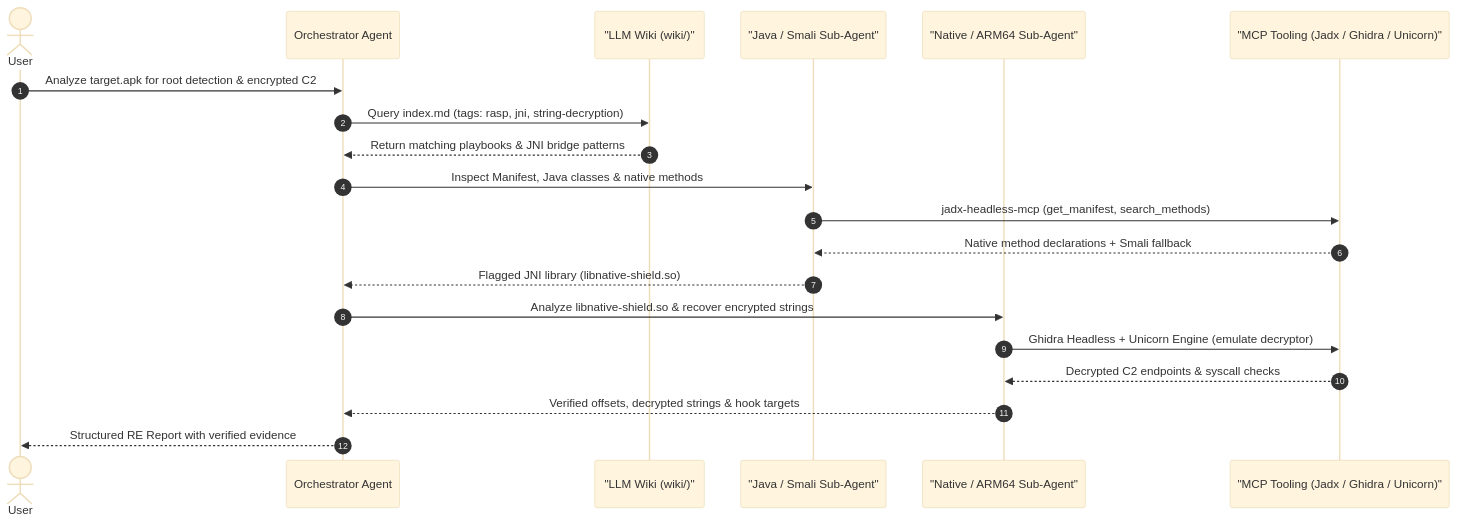
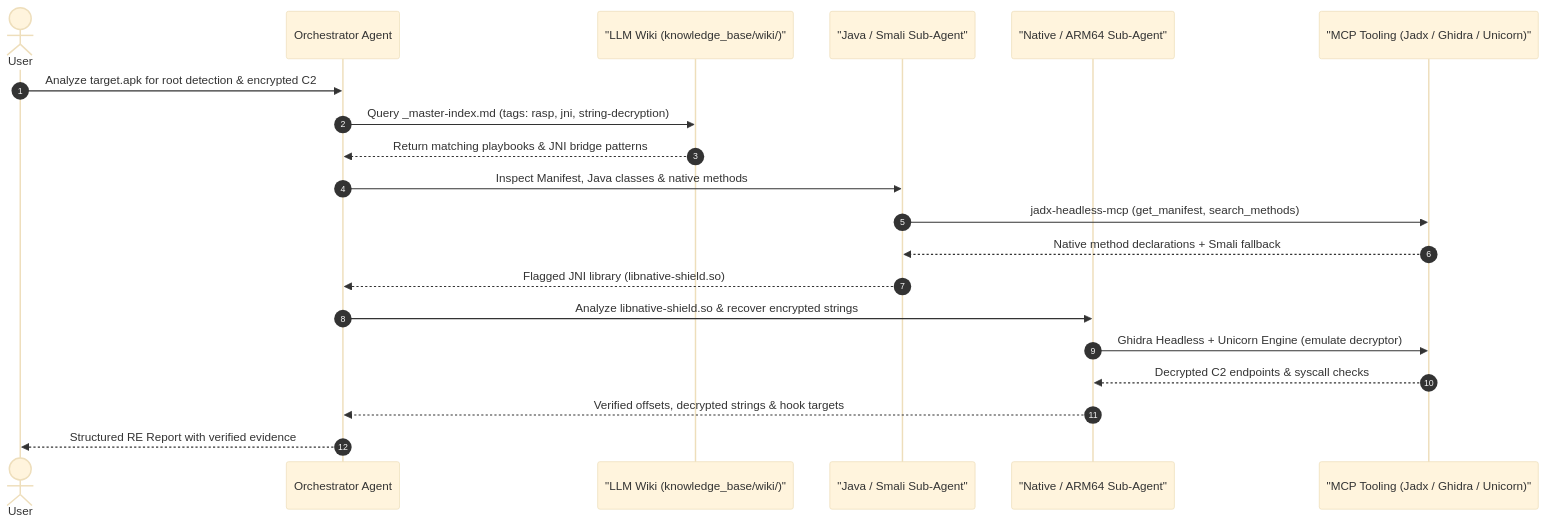
Before and after one commit to fatalSec/LLM-RE-Wiki: the third of 3 diagrams in README.md, drawn with Mermaid (base theme). The commit also changed other lines of this file and 6 other files, not shown here.

Commit message:
chore: remove all symlinks and restore original knowledge_base structure in README and scripts

````diff
--- a/README.md
+++ b/README.md
@@ -156,26 +160,26 @@
 ```mermaid
 sequenceDiagram
     autonumber
     actor User
     participant Orch as Orchestrator Agent
-    participant Wiki as "LLM Wiki (wiki/)"
+    participant Wiki as "LLM Wiki (knowledge_base/wiki/)"
     participant Java as "Java / Smali Sub-Agent"
     participant Nat as "Native / ARM64 Sub-Agent"
     participant MCP as "MCP Tooling (Jadx / Ghidra / Unicorn)"
 
     User->>Orch: Analyze target.apk for root detection & encrypted C2
-    Orch->>Wiki: Query index.md (tags: rasp, jni, string-decryption)
+    Orch->>Wiki: Query _master-index.md (tags: rasp, jni, string-decryption)
     Wiki-->>Orch: Return matching playbooks & JNI bridge patterns
 
     Orch->>Java: Inspect Manifest, Java classes & native methods
     Java->>MCP: jadx-headless-mcp (get_manifest, search_methods)
     MCP-->>Java: Native method declarations + Smali fallback
     Java-->>Orch: Flagged JNI library (libnative-shield.so)
 
     Orch->>Nat: Analyze libnative-shield.so & recover encrypted strings
     Nat->>MCP: Ghidra Headless + Unicorn Engine (emulate decryptor)
     MCP-->>Nat: Decrypted C2 endpoints & syscall checks
     Nat-->>Orch: Verified offsets, decrypted strings & hook targets
 
     Orch-->>User: Structured RE Report with verified evidence
 ```
````
